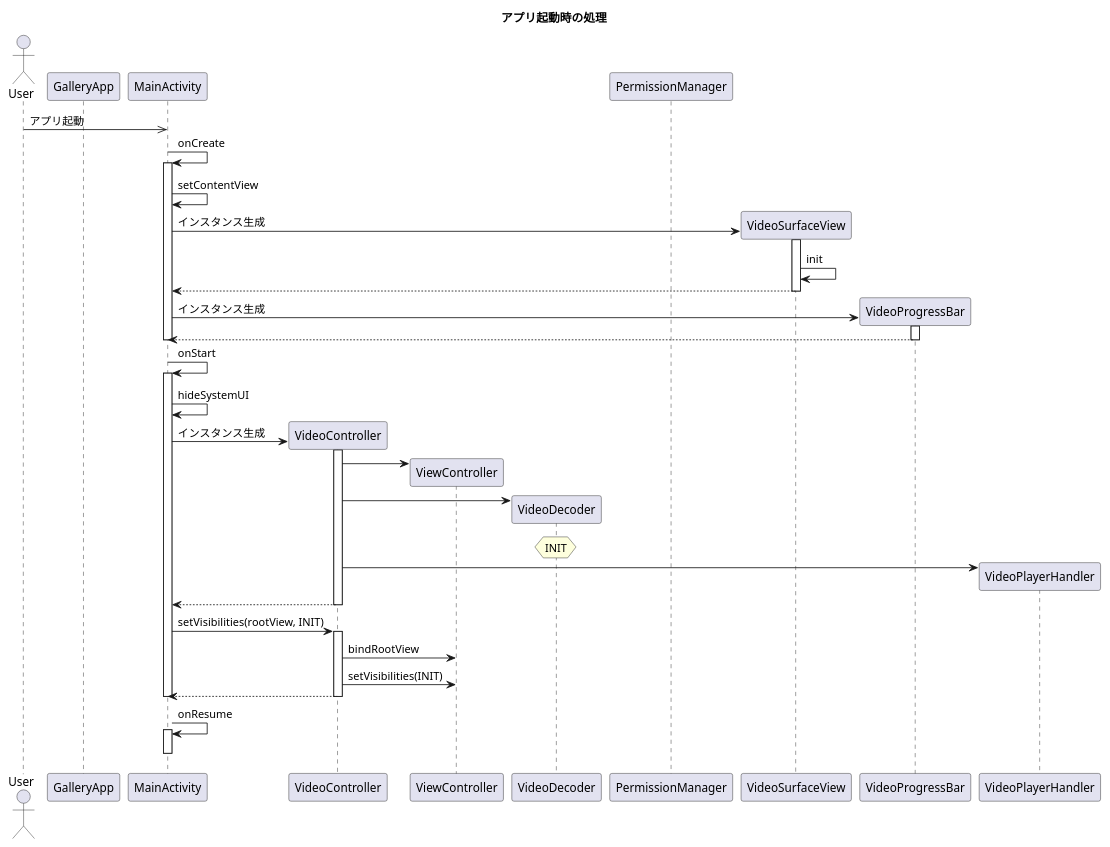
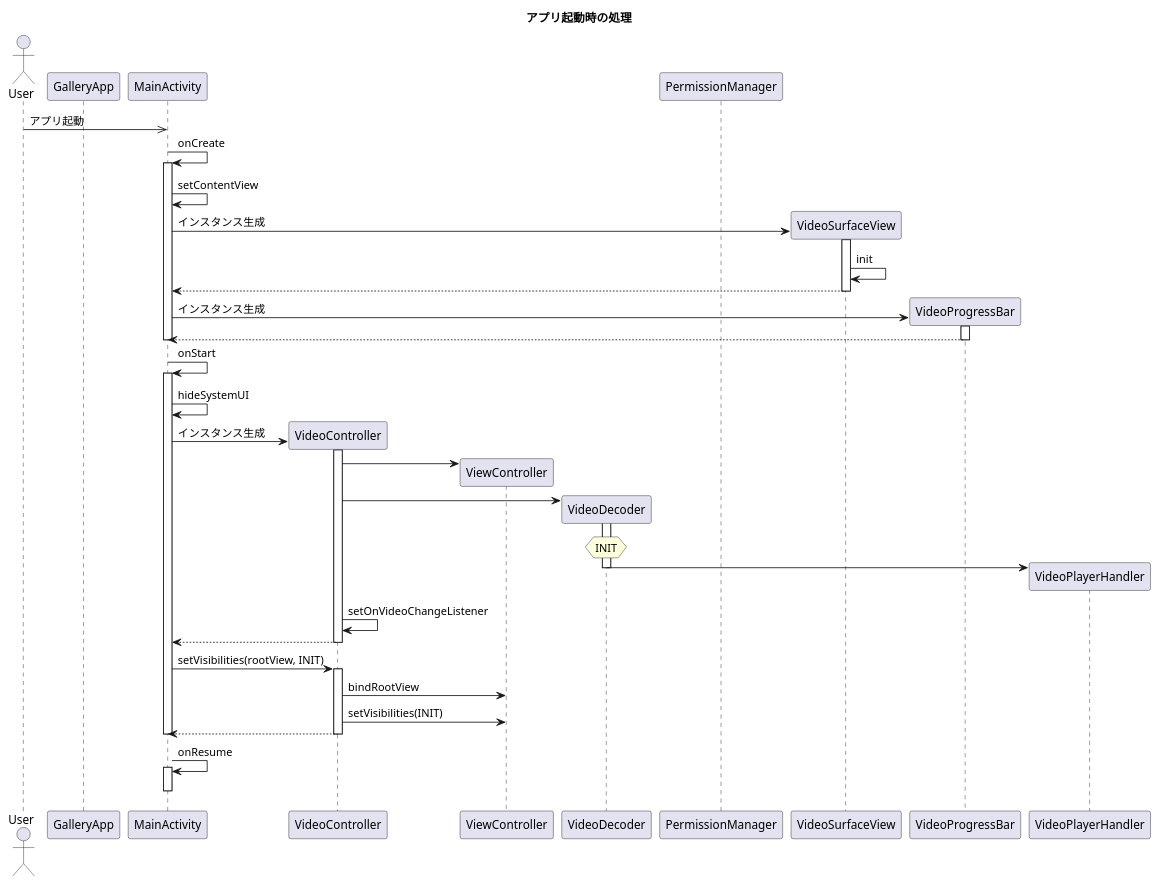
One commit to dego-96/MotionChecker changed the diagram in doc/uml/seq01_アプリ起動.pu. Above: the diagram before and after it, drawn with PlantUML. The commit also changed 3 other files, not shown here.

Commit message:
シーケンス図を修正。ログの誤記を修正。

```diff
--- a/doc/uml/seq01_アプリ起動.pu
+++ b/doc/uml/seq01_アプリ起動.pu
@@ -1,56 +1,59 @@
 @startuml app_wakeup
 
 title アプリ起動時の処理
 
 actor User
 participant GalleryApp as Gallery
 participant MainActivity as Main
 participant VideoController as Controller
 participant ViewController as Views
 participant VideoDecoder as Decoder
 participant PermissionManager as Permission
 participant VideoSurfaceView as Surface
 participant VideoProgressBar as Progress
 participant VideoPlayerHandler as Handler
 
 User ->> Main : アプリ起動
 
 Main -> Main : onCreate
 activate Main
     Main -> Main : setContentView
 
     create Surface
     Main -> Surface ++ : インスタンス生成
     Surface -> Surface : init
     Main <-- Surface -- :
     
     create Progress
     Main -> Progress ++ : インスタンス生成
     Main <-- Progress -- : 
 deactivate Main
 
 Main -> Main : onStart
 activate Main
     Main -> Main : hideSystemUI
 
     create Controller
     Main -> Controller ++ : インスタンス生成
     Controller -> Views **
     Controller -> Decoder **
+    activate Decoder
     hnote over Decoder
     INIT
     end note
-    Controller -> Handler **
+    Decoder -> Handler **
+    deactivate Decoder
+    Controller -> Controller : setOnVideoChangeListener
     return
 
     Main -> Controller ++ : setVisibilities(rootView, INIT)
     Controller -> Views : bindRootView
     Controller -> Views : setVisibilities(INIT)
     return
 deactivate Main
 
 Main -> Main : onResume
 activate Main
 deactivate Main
 
 @enduml
```
